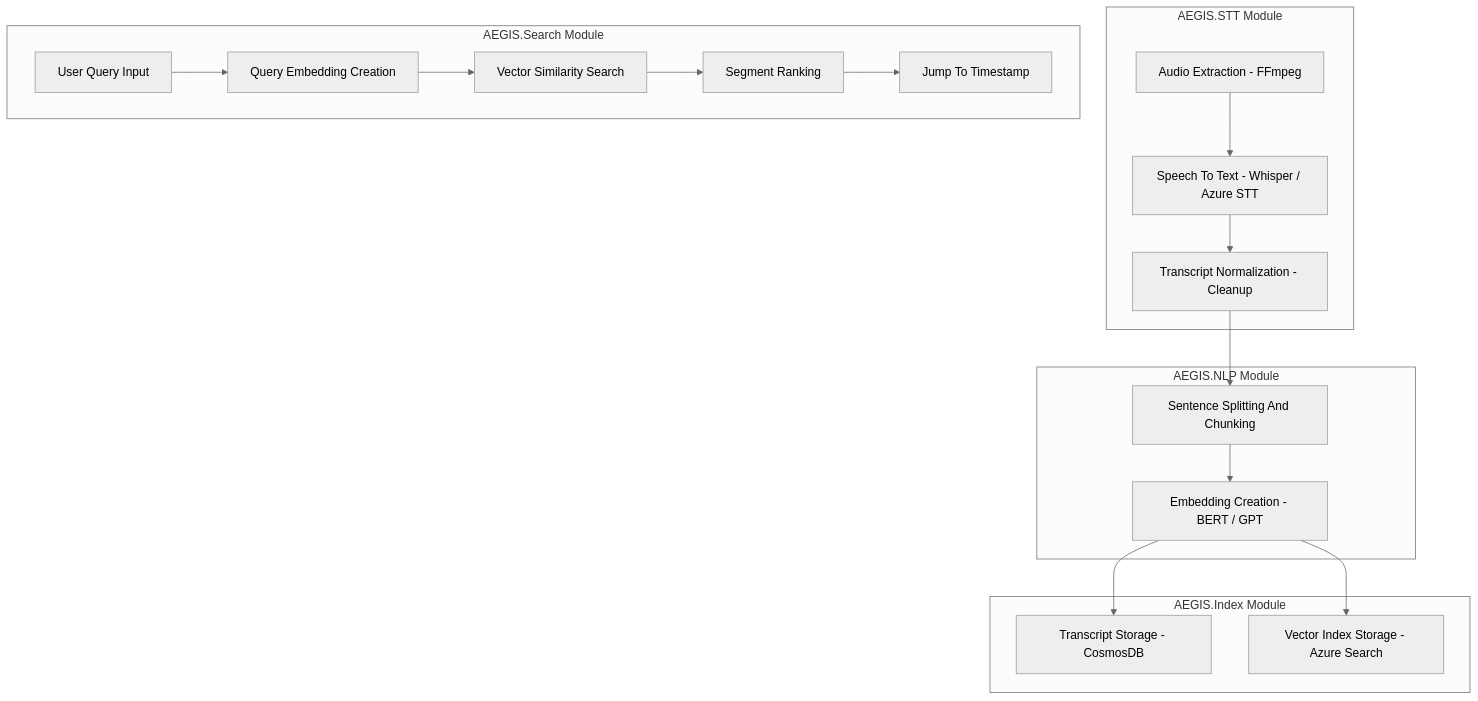
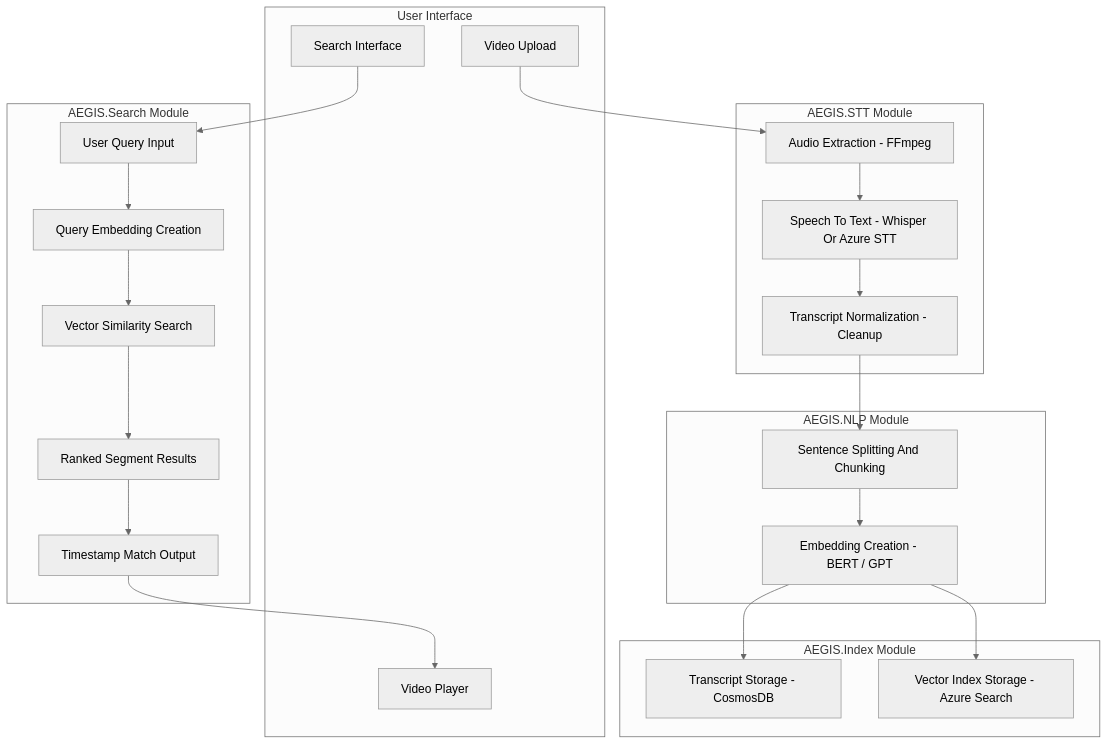
The diagram in diagrams/aegis-architecture.md (kishoredb/kishoredb-research), drawn with Mermaid (neutral theme) before and after one commit.

````diff
--- a/diagrams/aegis-architecture.md
+++ b/diagrams/aegis-architecture.md
@@ -1,38 +1,50 @@
 ```mermaid
 flowchart TD
+
+    %% USER INTERFACE
+    subgraph UI [User Interface]
+        U1[Video Upload]
+        U2[Search Interface]
+        U3[Video Player]
+    end
 
     %% AEGIS.STT
     subgraph STT [AEGIS.STT Module]
         A1[Audio Extraction - FFmpeg]
-        A2[Speech To Text - Whisper / Azure STT]
+        A2[Speech To Text - Whisper Or Azure STT]
         A3[Transcript Normalization - Cleanup]
     end
 
     %% AEGIS.NLP
     subgraph NLP [AEGIS.NLP Module]
         A4[Sentence Splitting And Chunking]
         A5[Embedding Creation - BERT / GPT]
     end
 
     %% AEGIS.Index
     subgraph INDEX [AEGIS.Index Module]
         A6[Transcript Storage - CosmosDB]
         A7[Vector Index Storage - Azure Search]
     end
 
     %% AEGIS.Search
     subgraph SEARCH [AEGIS.Search Module]
         Q1[User Query Input]
         Q2[Query Embedding Creation]
         Q3[Vector Similarity Search]
-        Q4[Segment Ranking]
-        Q5[Jump To Timestamp]
+        Q4[Ranked Segment Results]
+        Q5[Timestamp Match Output]
     end
 
-    %% Pipeline
+    %% USER FLOW
+    U1 --> A1
+    U2 --> Q1
+    Q5 --> U3
+
+    %% BACKEND FLOW
     A1 --> A2 --> A3 --> A4 --> A5
     A5 --> A6
     A5 --> A7
 
     Q1 --> Q2 --> Q3 --> Q4 --> Q5
 ```
````
